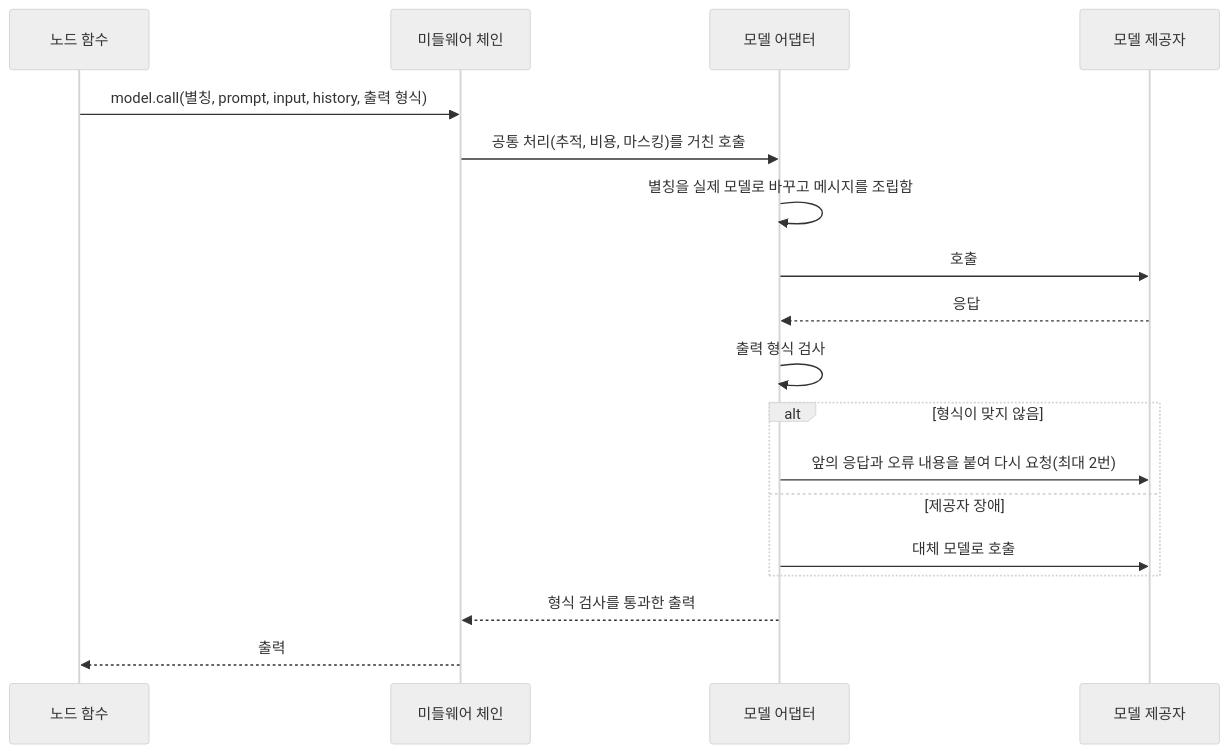
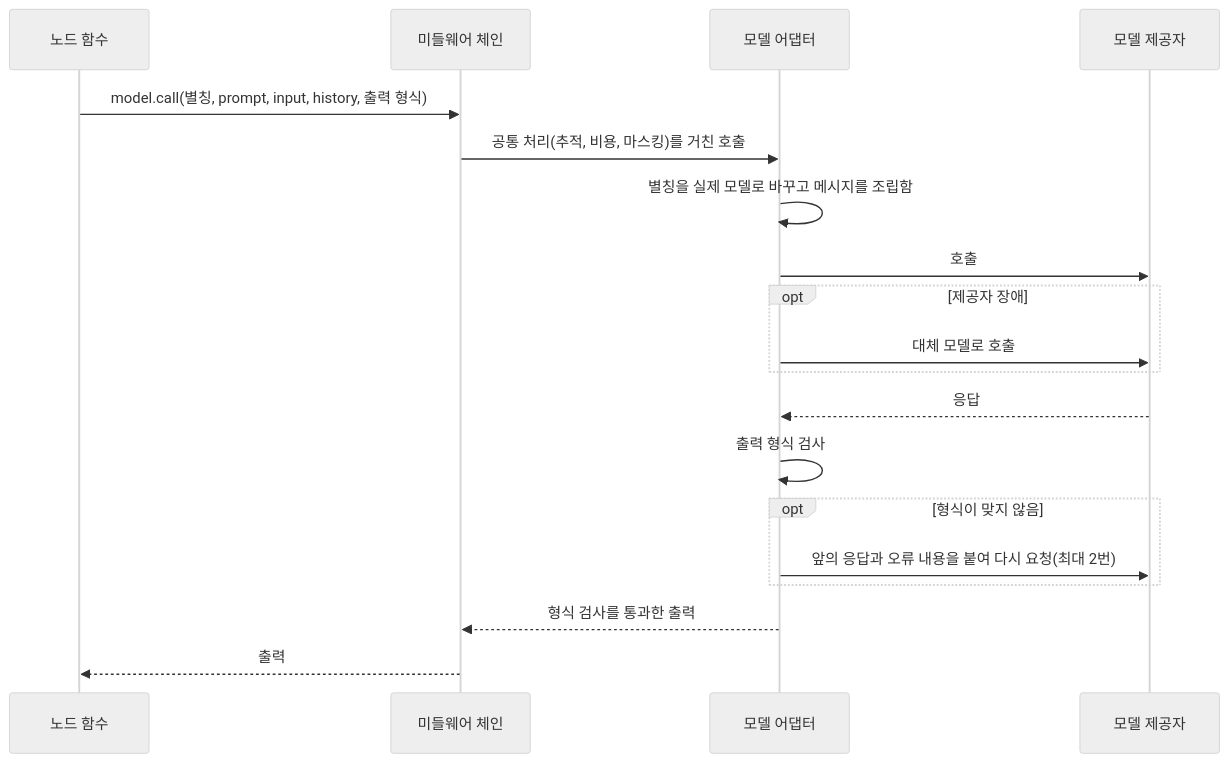
Before and after one commit to iwindfree/ai-agent-framework-architecture: diagram 17 of 30 in 00.architecture.md, drawn with Mermaid (neutral theme). The commit also changed other lines of this file and 1 other file, not shown here.

````diff
--- a/00.architecture.md
+++ b/00.architecture.md
@@ -1503,20 +1516,21 @@
 ```mermaid
 sequenceDiagram
     participant N as 노드 함수
     participant W as 미들웨어 체인
     participant M as 모델 어댑터
     participant P as 모델 제공자
     N->>W: model.call(별칭, prompt, input, history, 출력 형식)
     W->>M: 공통 처리(추적, 비용, 마스킹)를 거친 호출
     M->>M: 별칭을 실제 모델로 바꾸고 메시지를 조립함
     M->>P: 호출
+    opt 제공자 장애
+        M->>P: 대체 모델로 호출
+    end
     P-->>M: 응답
     M->>M: 출력 형식 검사
-    alt 형식이 맞지 않음
+    opt 형식이 맞지 않음
         M->>P: 앞의 응답과 오류 내용을 붙여 다시 요청(최대 2번)
-    else 제공자 장애
-        M->>P: 대체 모델로 호출
     end
     M-->>W: 형식 검사를 통과한 출력
     W-->>N: 출력
 ```
````
